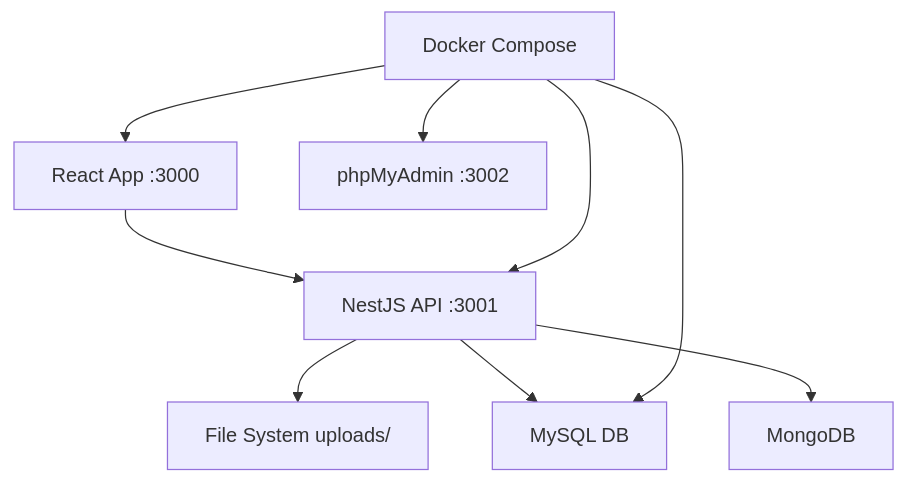
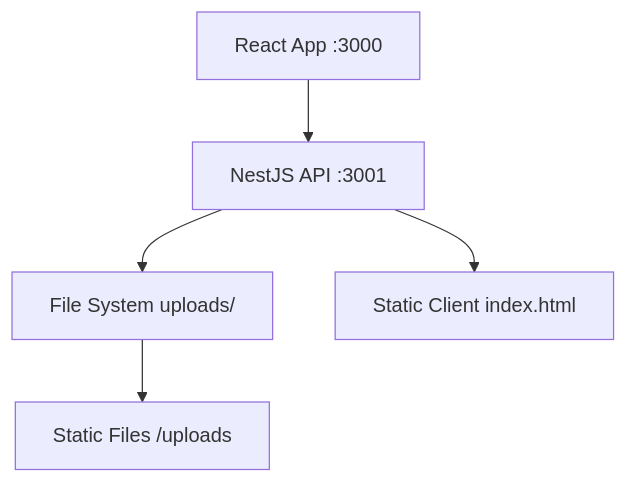
One commit to tataue/uploader changed the diagram in AGENTS.md. Above: the diagram before and after it, drawn with Mermaid. The commit also changed other lines of this file and 24 other files, not shown here.

````diff
--- a/AGENTS.md
+++ b/AGENTS.md
@@ -42,11 +45,7 @@
 ```mermaid
 graph TB
     A[React App :3000] --> B[NestJS API :3001]
     B --> C[File System uploads/]
-    B --> D[MySQL DB]
-    B --> E[MongoDB]
-    F[Docker Compose] --> A
-    F --> B
-    F --> D
-    F --> G[phpMyAdmin :3002]
+    C --> D[Static Files /uploads]
+    B --> E[Static Client index.html]
 ```
````
